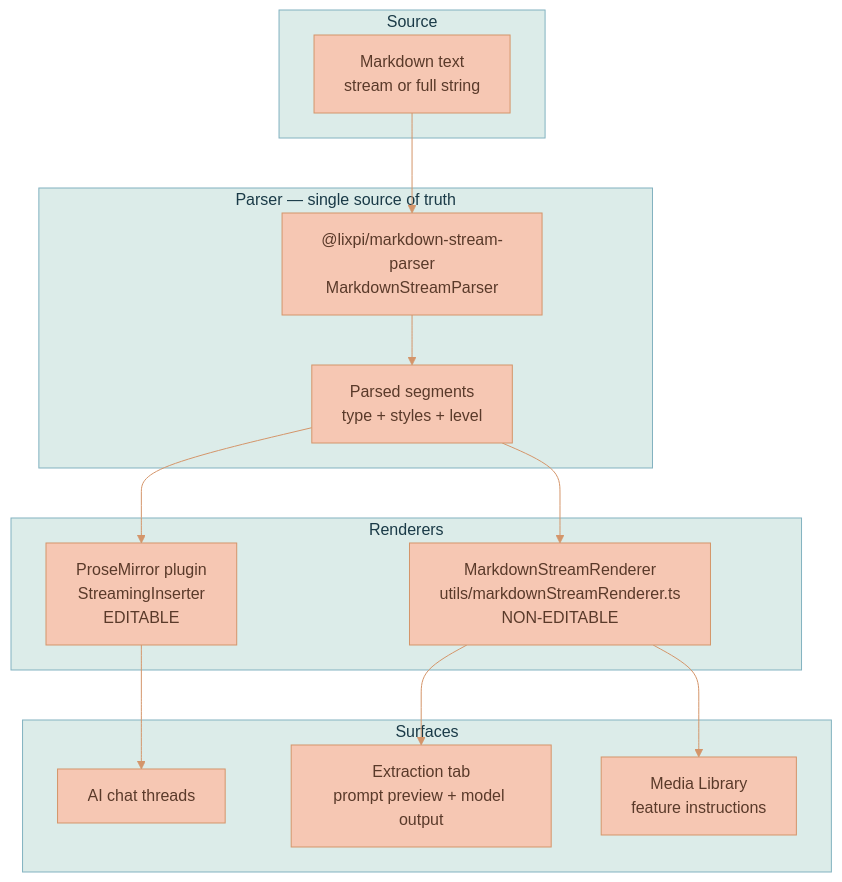
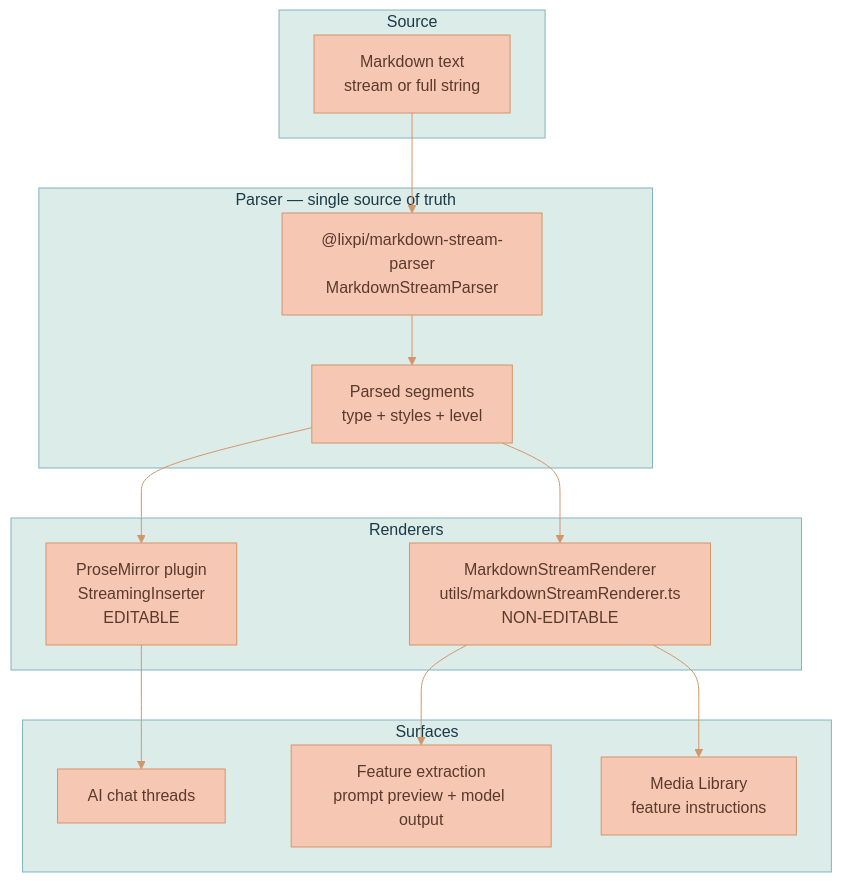
The diagram in documentation/conventions/MARKDOWN-RENDERING.md (Lixpi/lixpi), drawn with Mermaid before and after one commit. The commit also changed other lines of this file and 34 other files, not shown here.

````diff
--- a/documentation/conventions/MARKDOWN-RENDERING.md
+++ b/documentation/conventions/MARKDOWN-RENDERING.md
@@ -20,31 +20,31 @@
 ```mermaid
 %%{init: {'theme': 'base', 'themeVariables': { 'primaryColor': '#F6C7B3', 'primaryTextColor': '#5a3a2a', 'primaryBorderColor': '#d4956a', 'secondaryColor': '#C3DEDD', 'secondaryTextColor': '#1a3a47', 'secondaryBorderColor': '#4a8a9d', 'tertiaryColor': '#DCECE9', 'tertiaryTextColor': '#1a3a47', 'tertiaryBorderColor': '#82B2C0', 'lineColor': '#d4956a', 'textColor': '#5a3a2a'}}}%%
 graph TB
     subgraph "Source"
         MD[Markdown text<br/>stream or full string]
     end
 
     subgraph "Parser — single source of truth"
         Parser["@lixpi/markdown-stream-parser<br/>MarkdownStreamParser"]
         Seg[Parsed segments<br/>type + styles + level]
     end
 
     subgraph "Renderers"
         PM[ProseMirror plugin<br/>StreamingInserter<br/>EDITABLE]
         Unified[MarkdownStreamRenderer<br/>utils/markdownStreamRenderer.ts<br/>NON-EDITABLE]
     end
 
     subgraph "Surfaces"
         Chat[AI chat threads]
-        Ext[Extraction tab<br/>prompt preview + model output]
+        Ext[Feature extraction<br/>prompt preview + model output]
         Lib[Media Library<br/>feature instructions]
     end
 
     MD --> Parser
     Parser --> Seg
     Seg --> PM
     Seg --> Unified
     PM --> Chat
     Unified --> Ext
     Unified --> Lib
 ```
````
